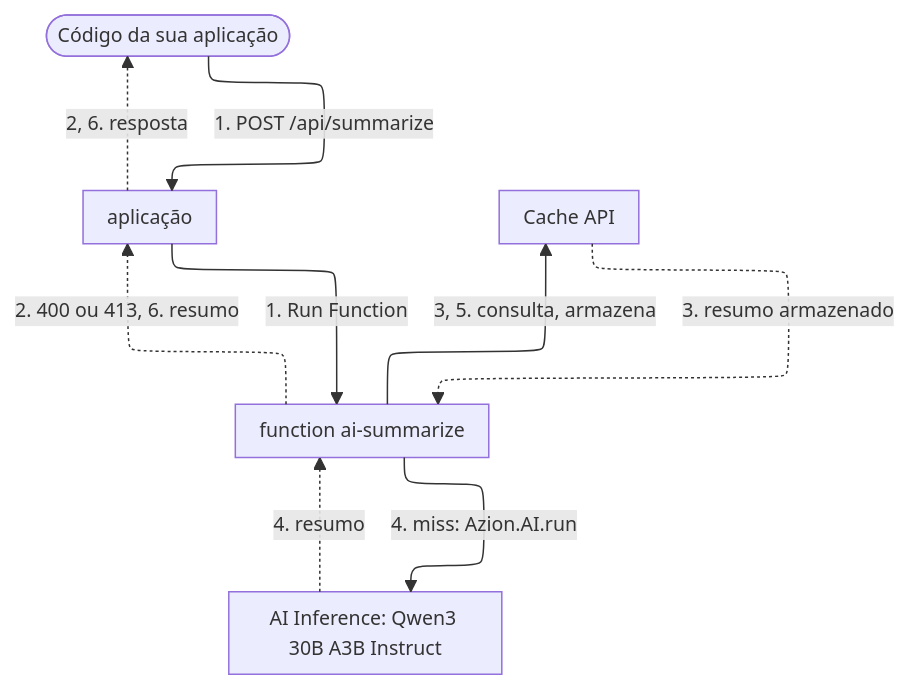
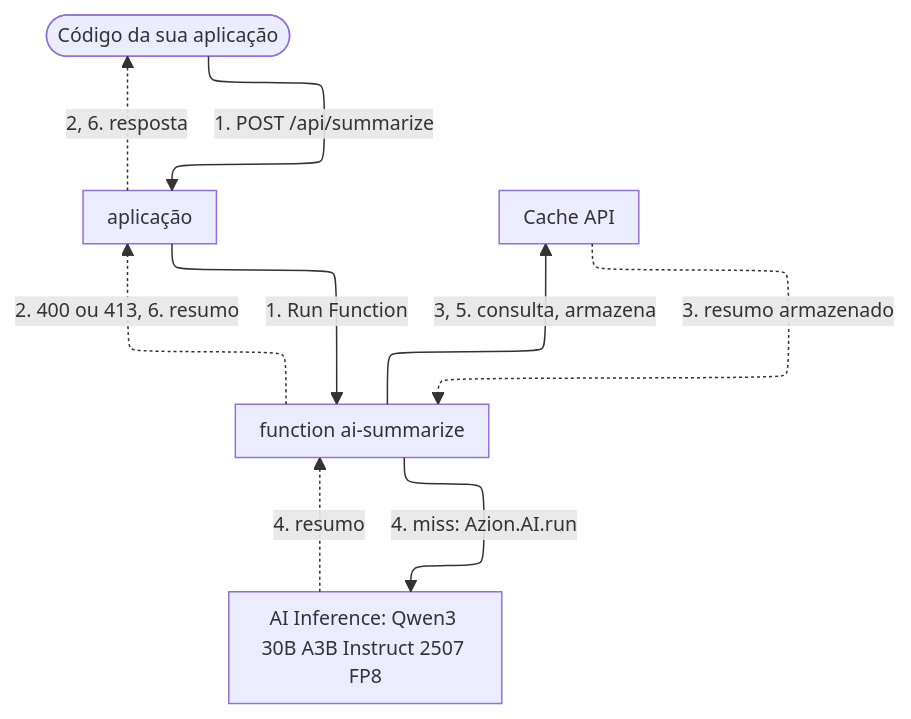
One commit to aziontech/docs changed the diagram in apps/docs/src/content/docs/pt-br/pages/casos-de-uso/construir-e-executar-workloads-de-ai/adicionar-funcionalidades-de-ia-a-aplicacoes-existentes.mdx. Above: the diagram before and after it, drawn with Mermaid. The commit also changed 21 other files, not shown here.

````diff
--- a/apps/docs/src/content/docs/pt-br/pages/casos-de-uso/construir-e-executar-workloads-de-ai/adicionar-funcionalidades-de-ia-a-aplicacoes-existentes.mdx
+++ b/apps/docs/src/content/docs/pt-br/pages/casos-de-uso/construir-e-executar-workloads-de-ai/adicionar-funcionalidades-de-ia-a-aplicacoes-existentes.mdx
@@ -40,17 +40,17 @@
 ```mermaid
 %%{init: {"layout": "elk", "themeVariables": {"fontSize": "13px"}, "flowchart": {"nodeSpacing": 24, "rankSpacing": 36, "padding": 8, "wrappingWidth": 150, "useMaxWidth": true}, "sequence": {"width": 120, "actorMargin": 30, "useMaxWidth": true}}}%%
 flowchart TD
   AppCode(["Código da sua aplicação"])
   App["aplicação"]
   Fn["function ai-summarize"]
   Cache["Cache API"]
-  Model["AI Inference: Qwen3 30B A3B Instruct"]
+  Model["AI Inference: Qwen3 30B A3B Instruct 2507 FP8"]
   AppCode -->|"1. POST /api/summarize"| App
   App -->|"1. Run Function"| Fn
   Fn -->|"3, 5. consulta, armazena"| Cache
   Fn -->|"4. miss: Azion.AI.run"| Model
   Cache -.->|"3. resumo armazenado"| Fn
   Model -.->|"4. resumo"| Fn
   Fn -.->|"2. 400 ou 413, 6. resumo"| App
   App -.->|"2, 6. resposta"| AppCode
 ```
````
